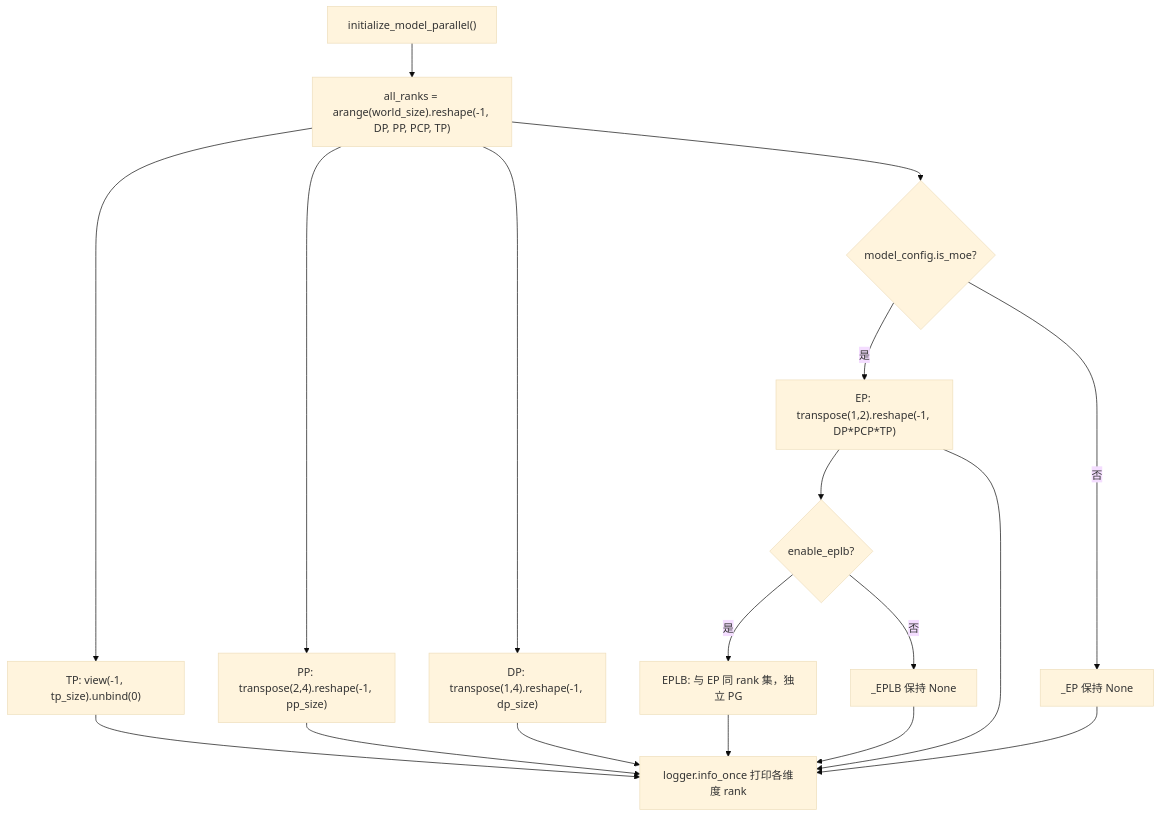
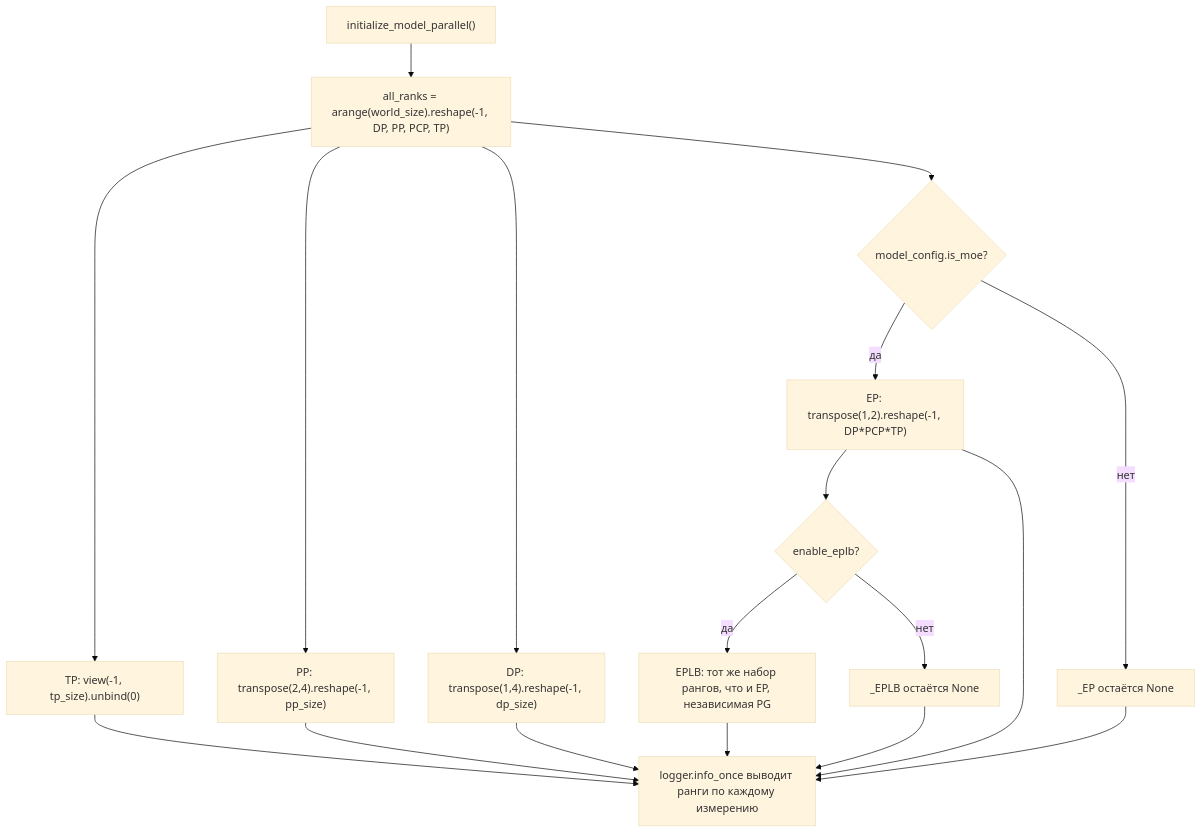
Before and after one commit to maleRjc/AiReadCodeBooks: the first of 3 diagrams in books/vllm/ru/08-kv-transfer-and-chunked-prefill.md, drawn with Mermaid (base theme). The commit also changed other lines of this file and 74 other files, not shown here.

````diff
--- a/books/vllm/ru/08-kv-transfer-and-chunked-prefill.md
+++ b/books/vllm/ru/08-kv-transfer-and-chunked-prefill.md
@@ -42,20 +42,20 @@
 ```mermaid
 flowchart TD
     start["initialize_model_parallel()"] --> grid["all_ranks = arange(world_size).reshape(-1, DP, PP, PCP, TP)"]
     grid --> tp["TP: view(-1, tp_size).unbind(0)"]
     grid --> pp["PP: transpose(2,4).reshape(-1, pp_size)"]
     grid --> dp["DP: transpose(1,4).reshape(-1, dp_size)"]
     grid --> ep_check{"model_config.is_moe?"}
-    ep_check -->|是| ep["EP: transpose(1,2).reshape(-1, DP*PCP*TP)"]
-    ep_check -->|否| skip["_EP 保持 None"]
+    ep_check -->|да| ep["EP: transpose(1,2).reshape(-1, DP*PCP*TP)"]
+    ep_check -->|нет| skip["_EP остаётся None"]
     ep --> eplb_check{"enable_eplb?"}
-    eplb_check -->|是| eplb["EPLB: 与 EP 同 rank 集，独立 PG"]
-    eplb_check -->|否| no_eplb["_EPLB 保持 None"]
-    tp --> done["logger.info_once 打印各维度 rank"]
+    eplb_check -->|да| eplb["EPLB: тот же набор рангов, что и EP, независимая PG"]
+    eplb_check -->|нет| no_eplb["_EPLB остаётся None"]
+    tp --> done["logger.info_once выводит ранги по каждому измерению"]
     pp --> done
     dp --> done
     ep --> done
     skip --> done
     eplb --> done
     no_eplb --> done
 ```
````
